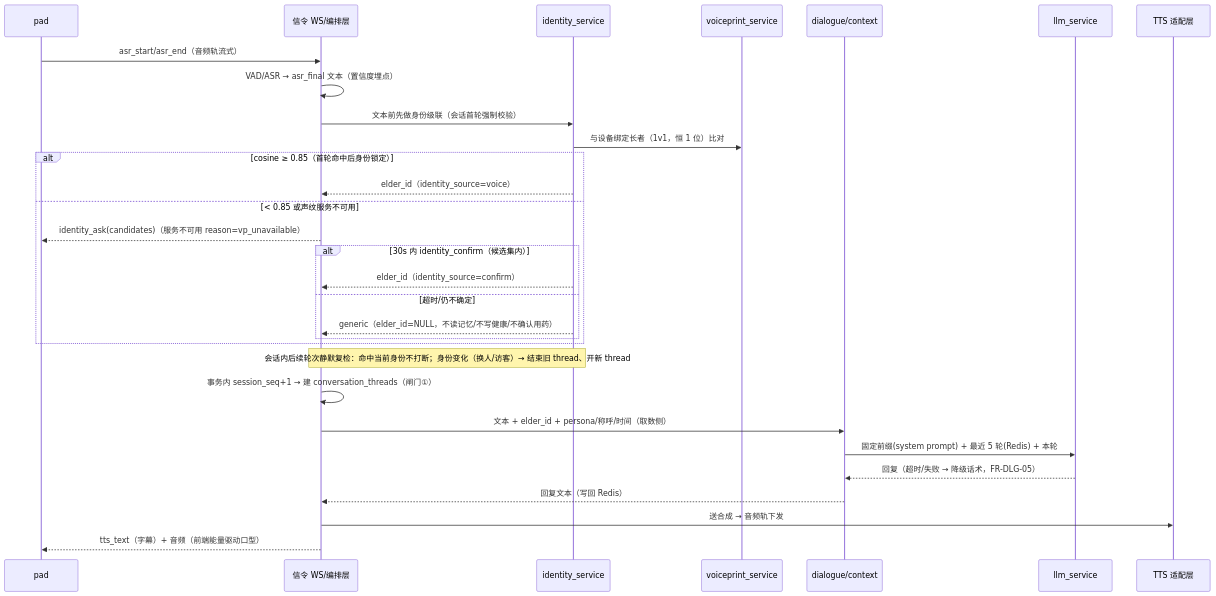
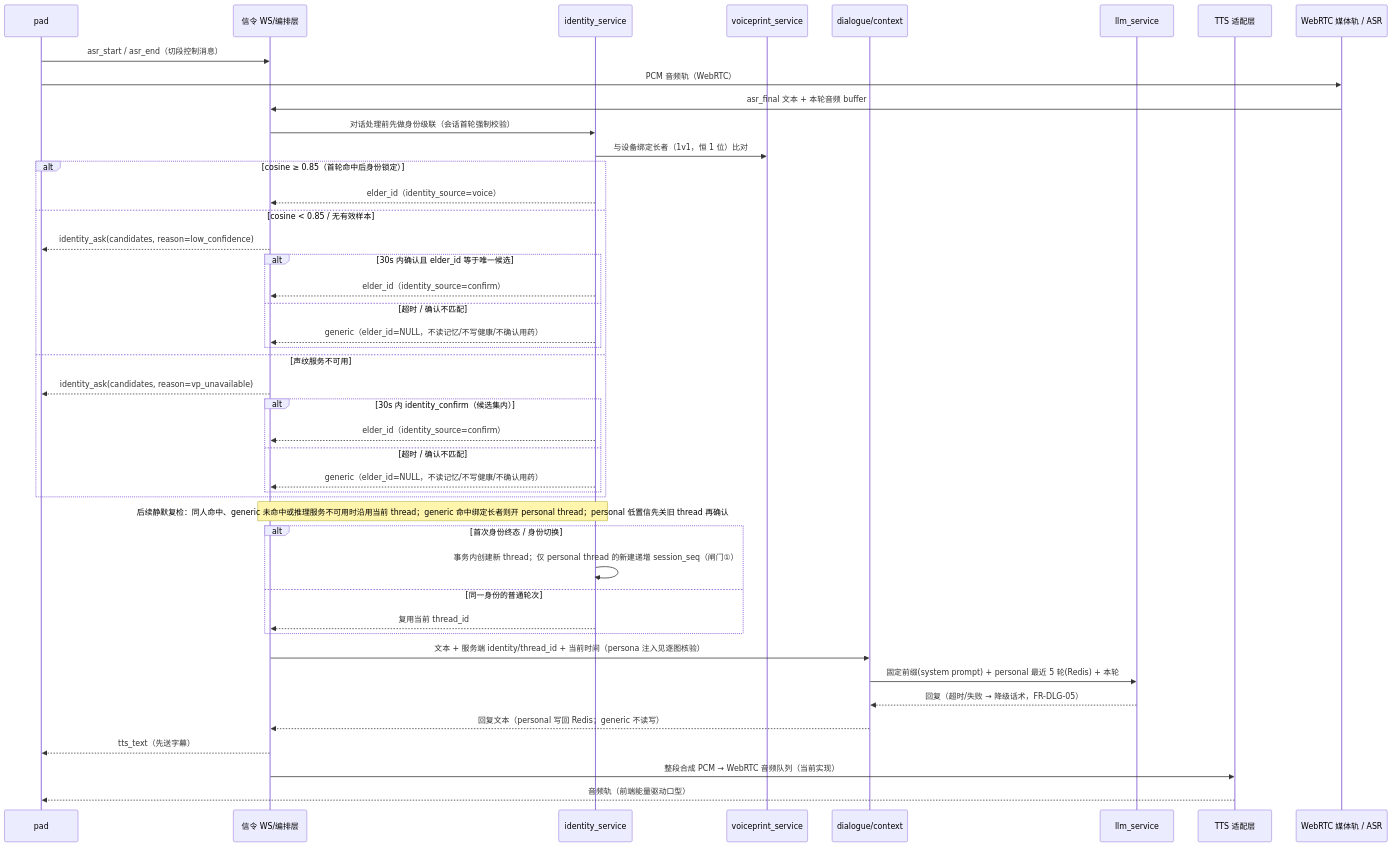
Before and after one commit to zha-yu/kangban: the tenth of 10 diagrams in docs/plans/day04/day-04-3D与身份闭环.md, drawn with Mermaid. The commit also changed other lines of this file and 10 other files, not shown here.

````diff
--- a/docs/plans/day04/day-04-3D与身份闭环.md
+++ b/docs/plans/day04/day-04-3D与身份闭环.md
@@ -368,33 +446,47 @@
 ```mermaid
 sequenceDiagram
     participant Pad as pad
     participant WS as 信令 WS/编排层
     participant IDE as identity_service
     participant VPS as voiceprint_service
     participant DLG as dialogue/context
     participant LLM as llm_service
     participant TTS as TTS 适配层
 
-    Pad->>WS: asr_start/asr_end（音频轨流式）
-    WS->>WS: VAD/ASR → asr_final 文本（置信度埋点）
-    WS->>IDE: 文本前先做身份级联（会话首轮强制校验）
+    participant RTC as WebRTC 媒体轨 / ASR
+    Pad->>WS: asr_start / asr_end（切段控制消息）
+    Pad->>RTC: PCM 音频轨（WebRTC）
+    RTC->>WS: asr_final 文本 + 本轮音频 buffer
+    WS->>IDE: 对话处理前先做身份级联（会话首轮强制校验）
     IDE->>VPS: 与设备绑定长者（1v1，恒 1 位）比对
     alt cosine ≥ 0.85（首轮命中后身份锁定）
         IDE-->>WS: elder_id（identity_source=voice）
-    else < 0.85 或声纹服务不可用
-        WS-->>Pad: identity_ask(candidates)（服务不可用 reason=vp_unavailable）
+    else cosine < 0.85 / 无有效样本
+        WS-->>Pad: identity_ask(candidates, reason=low_confidence)
+        alt 30s 内确认且 elder_id 等于唯一候选
+            IDE-->>WS: elder_id（identity_source=confirm）
+        else 超时 / 确认不匹配
+            IDE-->>WS: generic（elder_id=NULL，不读记忆/不写健康/不确认用药）
+        end
+    else 声纹服务不可用
+        WS-->>Pad: identity_ask(candidates, reason=vp_unavailable)
         alt 30s 内 identity_confirm（候选集内）
             IDE-->>WS: elder_id（identity_source=confirm）
-        else 超时/仍不确定
+        else 超时 / 确认不匹配
             IDE-->>WS: generic（elder_id=NULL，不读记忆/不写健康/不确认用药）
         end
     end
-    Note over WS,IDE: 会话内后续轮次静默复检：命中当前身份不打断；身份变化（换人/访客）→ 结束旧 thread、开新 thread
-    WS->>WS: 事务内 session_seq+1 → 建 conversation_threads（闸门①）
-    WS->>DLG: 文本 + elder_id + persona/称呼/时间（取数侧）
-    DLG->>LLM: 固定前缀(system prompt) + 最近 5 轮(Redis) + 本轮
+    Note over WS,IDE: 后续静默复检：同人命中、generic 未命中或推理服务不可用时沿用当前 thread；generic 命中绑定长者则开 personal thread；personal 低置信先关旧 thread 再确认
+    alt 首次身份终态 / 身份切换
+        IDE->>IDE: 事务内创建新 thread；仅 personal thread 的新建递增 session_seq（闸门①）
+    else 同一身份的普通轮次
+        IDE-->>WS: 复用当前 thread_id
+    end
+    WS->>DLG: 文本 + 服务端 identity/thread_id + 当前时间（persona 注入见逐图核验）
+    DLG->>LLM: 固定前缀(system prompt) + personal 最近 5 轮(Redis) + 本轮
     LLM-->>DLG: 回复（超时/失败 → 降级话术，FR-DLG-05）
-    DLG-->>WS: 回复文本（写回 Redis）
-    WS->>TTS: 送合成 → 音频轨下发
-    WS-->>Pad: tts_text（字幕）+ 音频（前端能量驱动口型）
+    DLG-->>WS: 回复文本（personal 写回 Redis；generic 不读写）
+    WS-->>Pad: tts_text（先送字幕）
+    WS->>TTS: 整段合成 PCM → WebRTC 音频队列（当前实现）
+    TTS-->>Pad: 音频轨（前端能量驱动口型）
 ```
````
